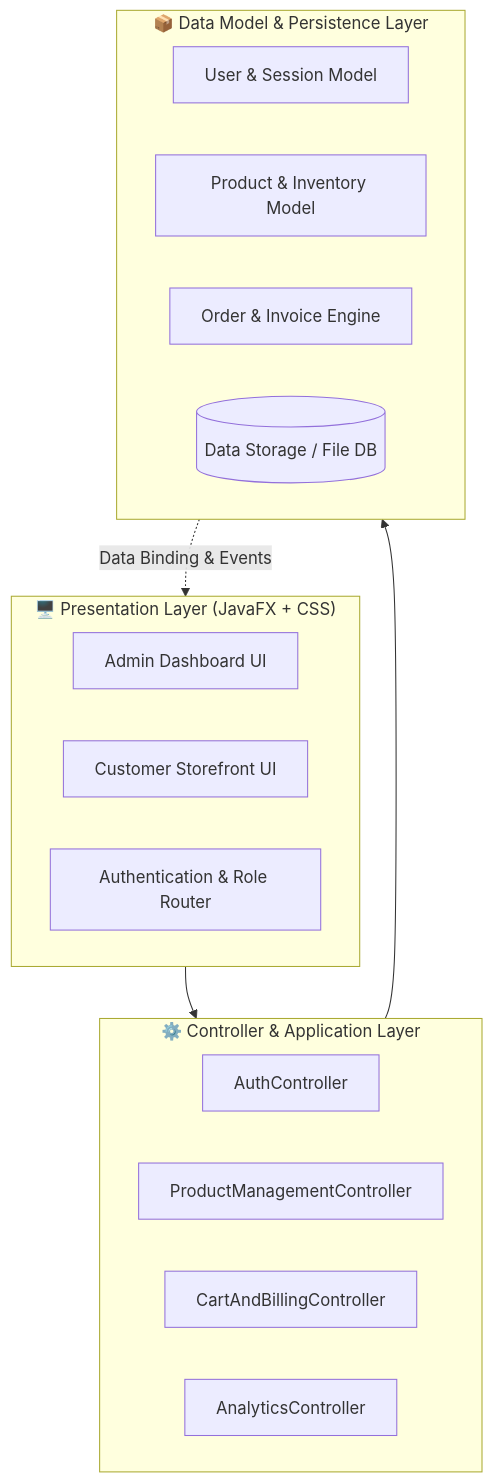
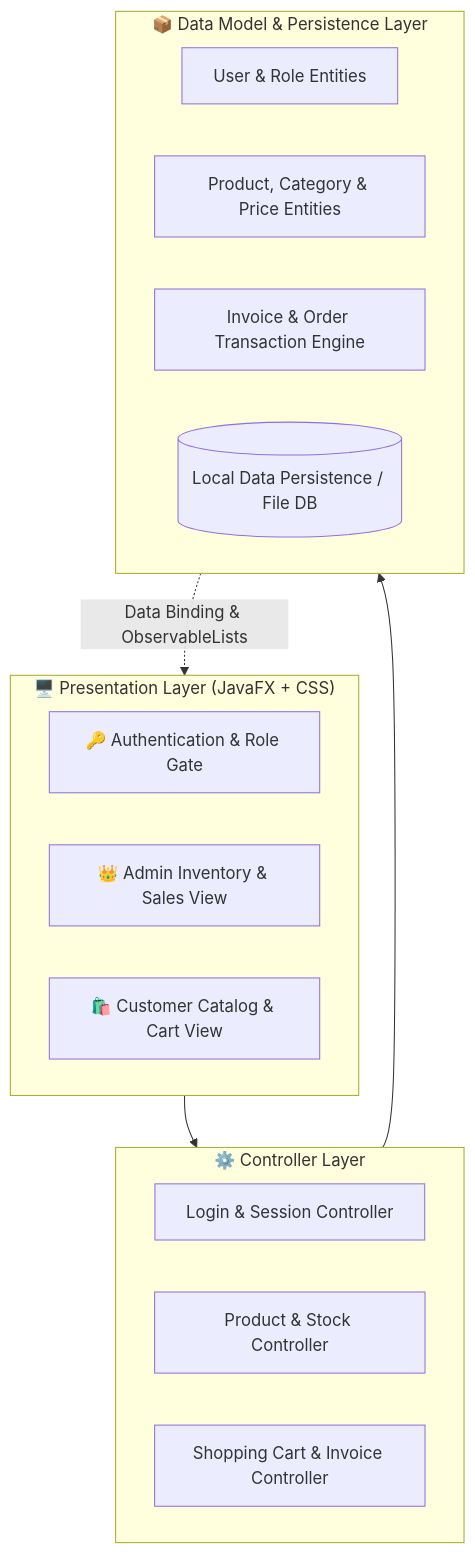
One commit to MominRifat/Online_Store changed the diagram in README.md. Above: the diagram before and after it, drawn with Mermaid. The commit also changed other lines of this file, not shown here.

Commit message:
docs: enhance README with comprehensive tech stack, setup guide, and 2D/3D architecture

````diff
--- a/README.md
+++ b/README.md
@@ -31,26 +47,25 @@
 ```mermaid
 flowchart TD
-    subgraph UI_Presentation["🖥️ Presentation Layer (JavaFX + CSS)"]
-        A1["Admin Dashboard UI"]
-        A2["Customer Storefront UI"]
-        A3["Authentication & Role Router"]
+    subgraph UI_Layer["🖥️ Presentation Layer (JavaFX + CSS)"]
+        LoginView["🔑 Authentication & Role Gate"]
+        AdminDashboard["👑 Admin Inventory & Sales View"]
+        CustomerStorefront["🛍️ Customer Catalog & Cart View"]
     end
 
-    subgraph Controller_Logic["⚙️ Controller & Application Layer"]
-        B1["AuthController"]
-        B2["ProductManagementController"]
-        B3["CartAndBillingController"]
-        B4["AnalyticsController"]
+    subgraph Controller_Layer["⚙️ Controller Layer"]
+        AuthController["Login & Session Controller"]
+        InventoryController["Product & Stock Controller"]
+        CartController["Shopping Cart & Invoice Controller"]
     end
 
-    subgraph Service_Data["📦 Data Model & Persistence Layer"]
-        C1["User & Session Model"]
-        C2["Product & Inventory Model"]
-        C3["Order & Invoice Engine"]
-        C4[("Data Storage / File DB")]
+    subgraph Model_Persistence["📦 Data Model & Persistence Layer"]
+        UserModels["User & Role Entities"]
+        ProductModels["Product, Category & Price Entities"]
+        OrderModels["Invoice & Order Transaction Engine"]
+        StorageEngine[("Local Data Persistence / File DB")]
     end
 
-    UI_Presentation --> Controller_Logic
-    Controller_Logic --> Service_Data
-    Service_Data -.-> |Data Binding & Events| UI_Presentation
+    UI_Layer --> Controller_Layer
+    Controller_Layer --> Model_Persistence
+    Model_Persistence -.-> |Data Binding & ObservableLists| UI_Layer
 ```
````
